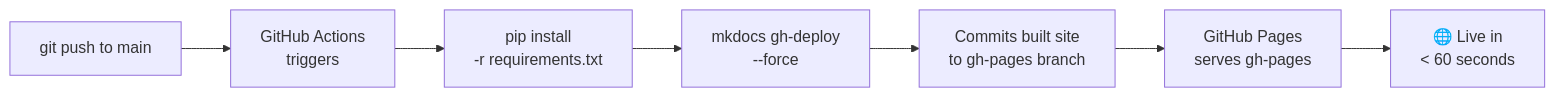
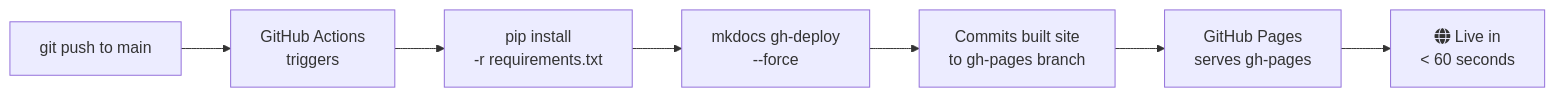
The diagram in docs/deployment/github.md (12shubham/mkdocs-demo), drawn with Mermaid before and after one commit. The commit also changed 8 other files, not shown here.

Commit message:
refactor: replace all emoji with fa: icons in Mermaid diagrams

````diff
--- a/docs/deployment/github.md
+++ b/docs/deployment/github.md
@@ -17,9 +17,9 @@
 ```mermaid
 graph LR
     A["git push to main"] --> B["GitHub Actions\ntriggers"]
     B --> C["pip install\n-r requirements.txt"]
     C --> D["mkdocs gh-deploy\n--force"]
     D --> E["Commits built site\nto gh-pages branch"]
     E --> F["GitHub Pages\nserves gh-pages"]
-    F --> G["🌐 Live in\n< 60 seconds"]
+    F --> G["fa:fa-globe Live in\n< 60 seconds"]
 ```
````
